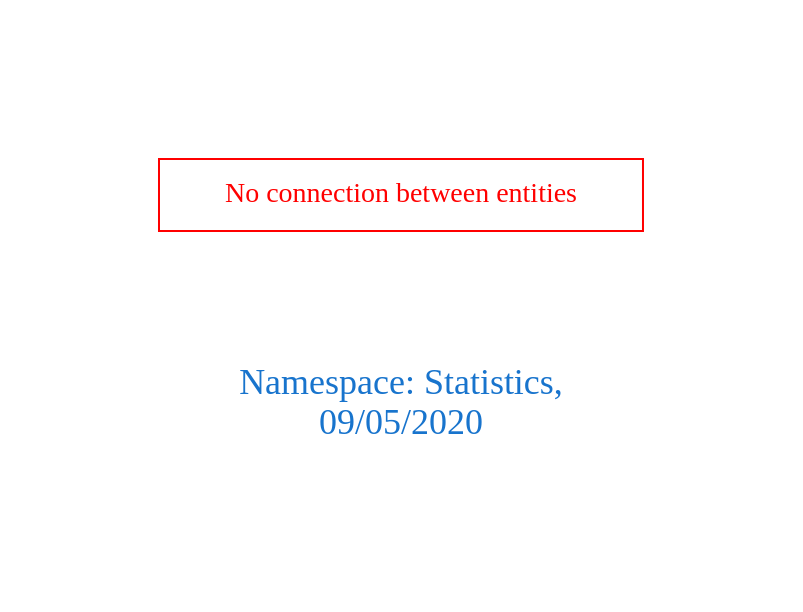
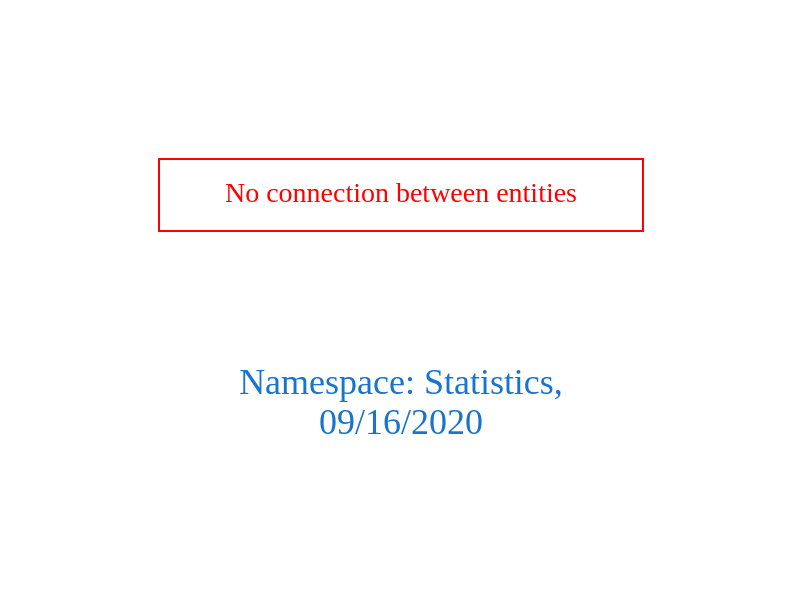
The diagram in downloads/Statistics.dot (arago/OGIT), drawn with Graphviz before and after one commit. The commit also changed 1832 other files, not shown here.

```diff
--- a/downloads/Statistics.dot
+++ b/downloads/Statistics.dot
@@ -1,9 +1,9 @@
 digraph OGIT_ontology {
  graph [ rankdir= LR,pad=1 
 fontsize = 18,
-fontcolor= dodgerblue3,label = "\n\n\nNamespace: Statistics, \n 09/05/2020"];
+fontcolor= dodgerblue3,label = "\n\n\nNamespace: Statistics, \n 09/16/2020"];
 node[shape=polygon];
 edge [  color="gray81"];
 
 "No connection between entities" [fontcolor = "red",color="red", shape="polygon"]
 }
```
